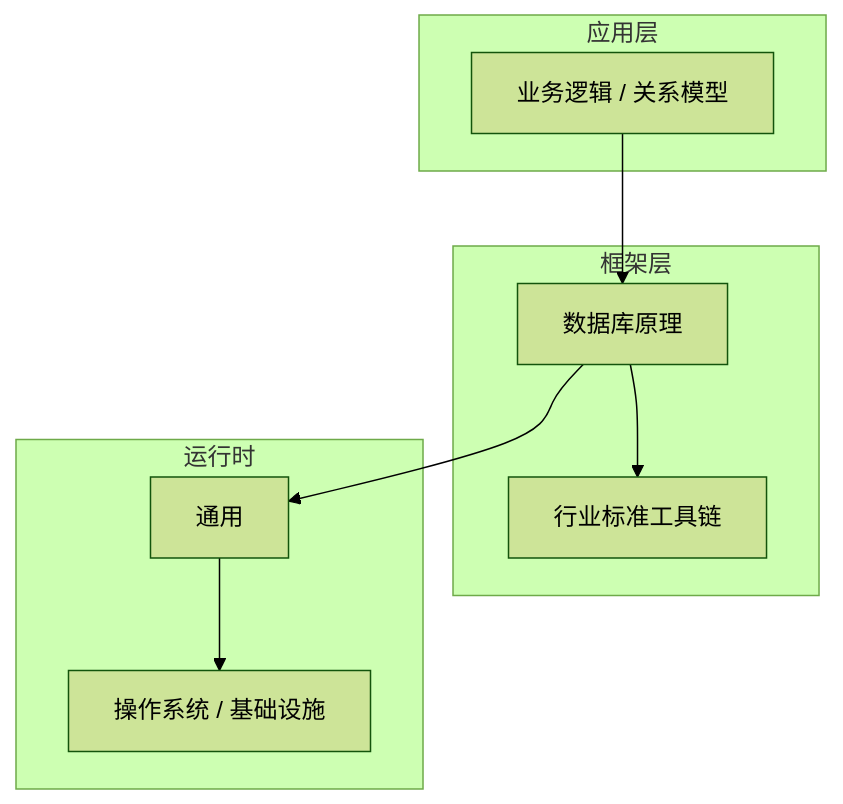
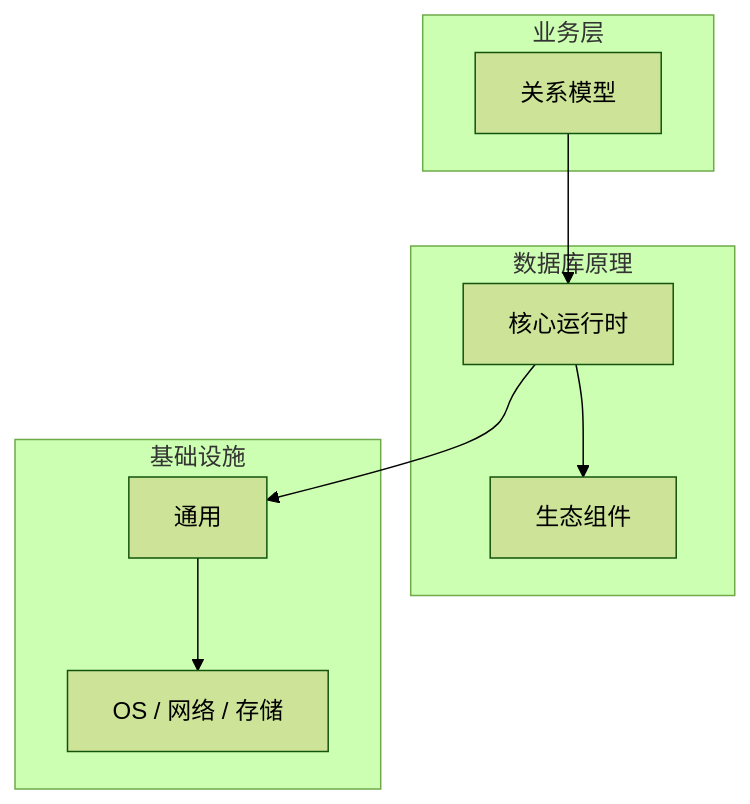
Before and after one commit to yanggan2015/knowledge-json-v2: the diagram in articles/数据库原理/chapters/009-关系模型核心概念与原理.md, drawn with Mermaid (forest theme). The commit also changed other lines of this file and 10127 other files, not shown here.

````diff
--- a/articles/数据库原理/chapters/009-关系模型核心概念与原理.md
+++ b/articles/数据库原理/chapters/009-关系模型核心概念与原理.md
@@ -45,18 +34,18 @@
 ```mermaid
 graph TB
-    subgraph 应用层
-        A[业务逻辑 / 关系模型]
+    subgraph 业务层
+        A[关系模型]
     end
-    subgraph 框架层
-        B[数据库原理]
-        C[行业标准工具链]
+    subgraph 数据库原理
+        B[核心运行时]
+        C[生态组件]
     end
-    subgraph 运行时
+    subgraph 基础设施
         D[通用]
-        E[操作系统 / 基础设施]
+        E[OS / 网络 / 存储]
     end
     A --> B
     B --> C
     B --> D
     D --> E
 ```
````
